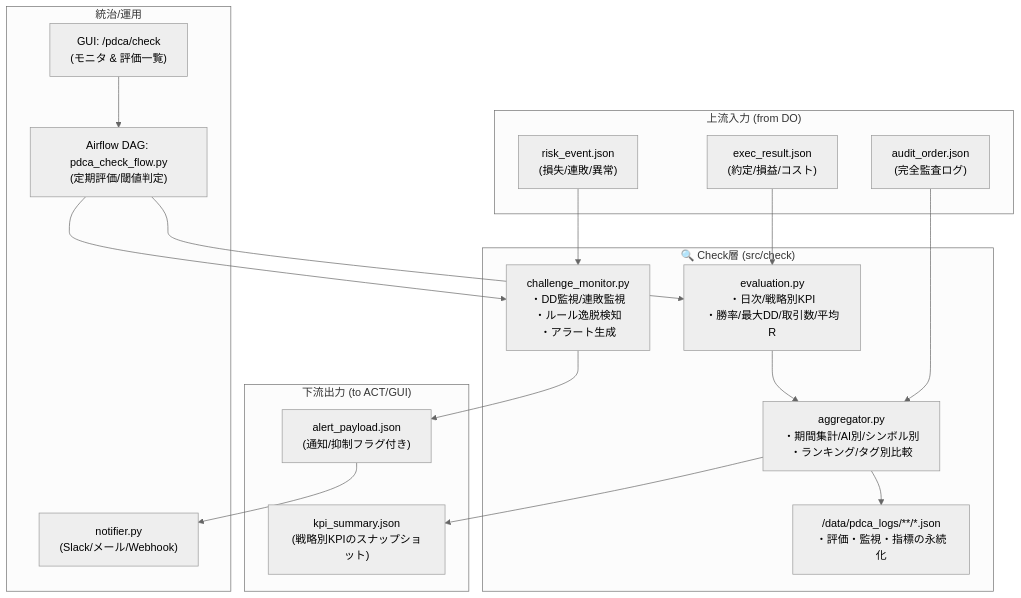
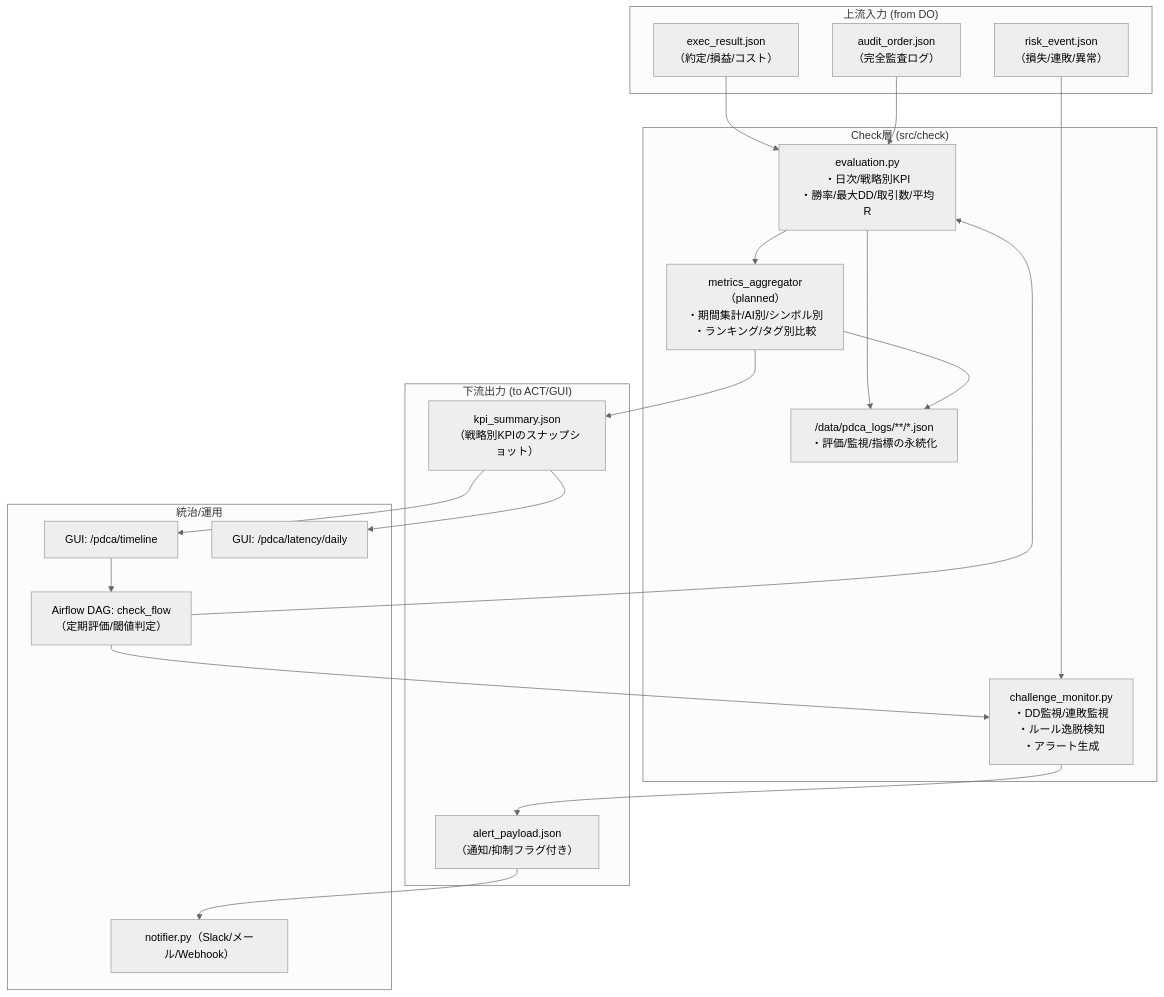
The diagram in docs/architecture/diagrams/check_layer.mmd (Noctria/noctria_kingdom), drawn with Mermaid (neutral theme) before and after one commit.

```diff
--- a/docs/architecture/diagrams/check_layer.mmd
+++ b/docs/architecture/diagrams/check_layer.mmd
@@ -1,43 +1,48 @@
 %% CHECK層 詳細図（実績評価・監視・集計）
 flowchart TD
 
   %% 入力（Do層からの結果/イベント）
   subgraph INPUTS["上流入力 (from DO)"]
-    EXECRES["exec_result.json<br/>(約定/損益/コスト)"]
-    RISEVT["risk_event.json<br/>(損失/連敗/異常)"]
-    AUDIT["audit_order.json<br/>(完全監査ログ)"]
+    EXECRES["exec_result.json<br/>（約定/損益/コスト）"]
+    RISEVT["risk_event.json<br/>（損失/連敗/異常）"]
+    AUDIT["audit_order.json<br/>（完全監査ログ）"]
   end
 
   %% CHECK層
-  subgraph CHECK["🔍 Check層 (src/check)"]
+  subgraph CHECK["Check層 (src/check)"]
     MON["challenge_monitor.py<br/>・DD監視/連敗監視<br/>・ルール逸脱検知<br/>・アラート生成"]
     EVAL["evaluation.py<br/>・日次/戦略別KPI<br/>・勝率/最大DD/取引数/平均R"]
-    AGG["aggregator.py<br/>・期間集計/AI別/シンボル別<br/>・ランキング/タグ別比較"]
-    STORE["/data/pdca_logs/**/*.json<br/>・評価・監視・指標の永続化"]
+    AGG["metrics_aggregator（planned）<br/>・期間集計/AI別/シンボル別<br/>・ランキング/タグ別比較"]
+    STORE["/data/pdca_logs/**/*.json<br/>・評価/監視/指標の永続化"]
   end
 
   %% 出力（Act/GUI）
   subgraph OUTPUTS["下流出力 (to ACT/GUI)"]
-    KPI["kpi_summary.json<br/>(戦略別KPIのスナップショット)"]
-    ALERT["alert_payload.json<br/>(通知/抑制フラグ付き)"]
+    KPI["kpi_summary.json<br/>（戦略別KPIのスナップショット）"]
+    ALERT["alert_payload.json<br/>（通知/抑制フラグ付き）"]
   end
 
   %% 統治/運用
   subgraph ORCH["統治/運用"]
-    GUICHECK["GUI: /pdca/check<br/>(モニタ & 評価一覧)"]
-    DAGCHECK["Airflow DAG: pdca_check_flow.py<br/>(定期評価/閾値判定)"]
-    NOTIFY["notifier.py<br/>(Slack/メール/Webhook)"]
+    GUITL["GUI: /pdca/timeline"]
+    GUIDLY["GUI: /pdca/latency/daily"]
+    DAGCHECK["Airflow DAG: check_flow<br/>（定期評価/閾値判定）"]
+    NOTIFY["notifier.py（Slack/メール/Webhook）"]
   end
 
   %% フロー
   EXECRES --> EVAL
   RISEVT --> MON
-  AUDIT --> AGG
-  EVAL --> AGG --> STORE
+  AUDIT --> EVAL
+  EVAL --> AGG
+  EVAL --> STORE
+  AGG --> STORE
   MON --> ALERT --> NOTIFY
   AGG --> KPI
+  KPI --> GUITL
+  KPI --> GUIDLY
 
-  %% 管理
-  GUICHECK --> DAGCHECK
+  %% 管理リンク
+  GUITL --> DAGCHECK
   DAGCHECK --> EVAL
   DAGCHECK --> MON
```
